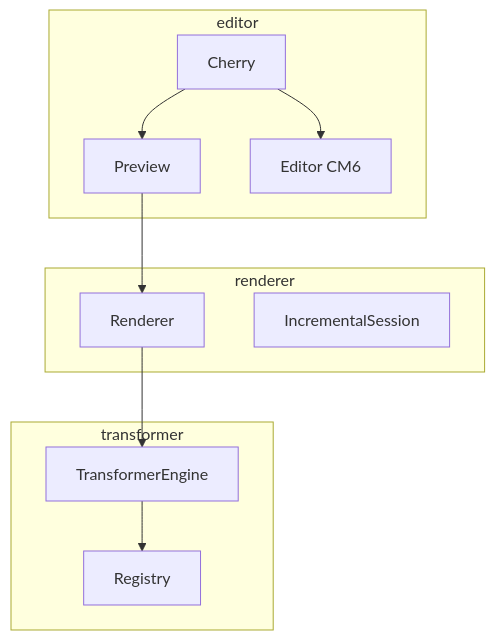
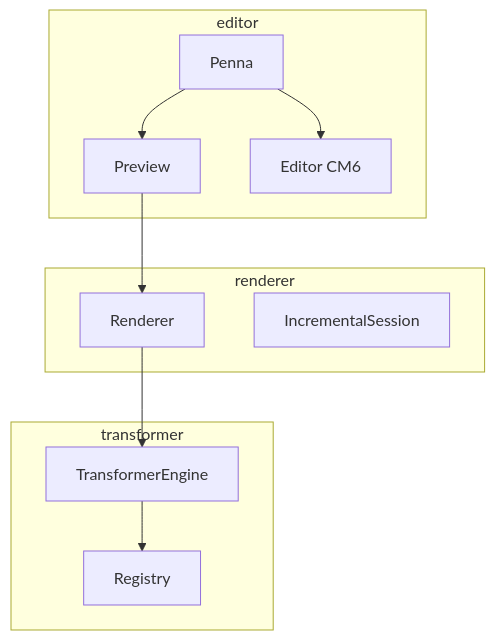
Before and after one commit to AnkioTomas/penna-markdown: the first of 2 diagrams in docs/architecture.md, drawn with Mermaid. The commit also changed other lines of this file and 398 other files, not shown here.

````diff
--- a/docs/architecture.md
+++ b/docs/architecture.md
@@ -16,21 +16,21 @@
 ```mermaid
 flowchart TB
   subgraph editorPkg [editor]
-    Cherry[Cherry]
+    Penna[Penna]
     Preview[Preview]
     EditorCM[Editor CM6]
   end
   subgraph rendererPkg [renderer]
     Renderer[Renderer]
     Inc[IncrementalSession]
   end
   subgraph transformerPkg [transformer]
     Engine[TransformerEngine]
     Registry[Registry]
   end
-  Cherry --> Preview
-  Cherry --> EditorCM
+  Penna --> Preview
+  Penna --> EditorCM
   Preview --> Renderer
   Renderer --> Engine
   Engine --> Registry
 ```
````
